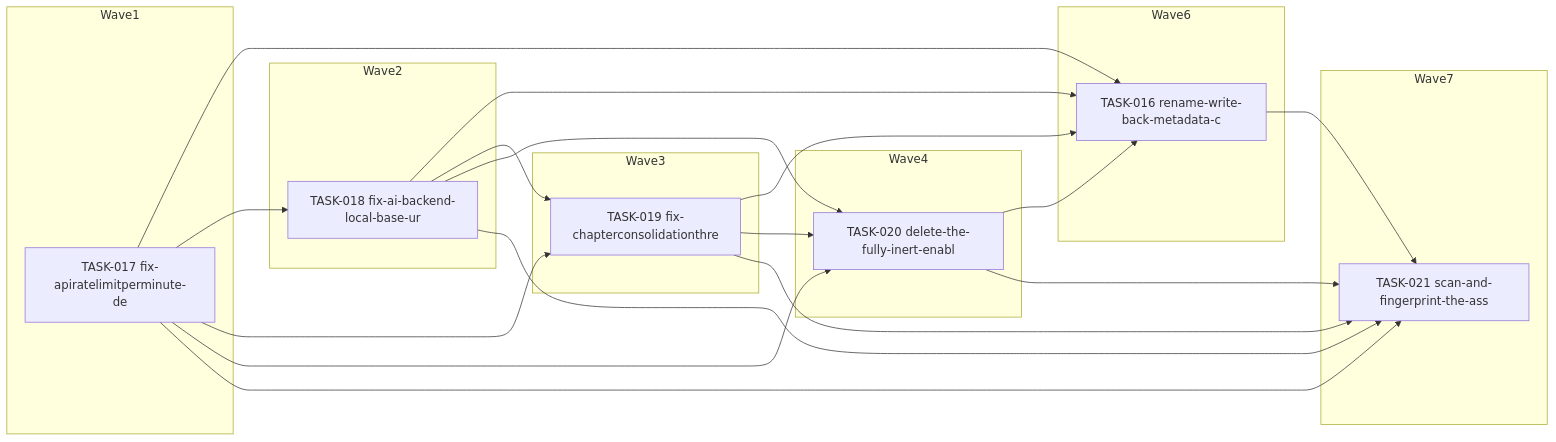
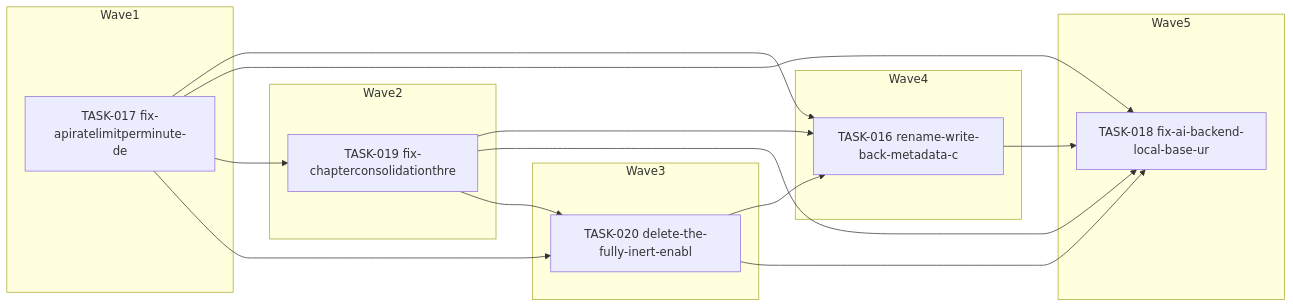
Before and after one commit to falkcorp/audiobook-organizer: the diagram in docs/agent-tasks/todo-completion/config/orchestration.md, drawn with Mermaid. The commit also changed other lines of this file and 325 other files, not shown here.

````diff
--- a/docs/agent-tasks/todo-completion/config/orchestration.md
+++ b/docs/agent-tasks/todo-completion/config/orchestration.md
@@ -12,36 +12,28 @@
 ```mermaid
 flowchart LR
     subgraph Wave1
       TASK017[TASK-017 fix-apiratelimitperminute-de]
     end
     subgraph Wave2
+      TASK019[TASK-019 fix-chapterconsolidationthre]
+    end
+    subgraph Wave3
+      TASK020[TASK-020 delete-the-fully-inert-enabl]
+    end
+    subgraph Wave4
+      TASK016[TASK-016 rename-write-back-metadata-c]
+    end
+    subgraph Wave5
       TASK018[TASK-018 fix-ai-backend-local-base-ur]
     end
-    subgraph Wave3
-      TASK019[TASK-019 fix-chapterconsolidationthre]
-    end
-    subgraph Wave4
-      TASK020[TASK-020 delete-the-fully-inert-enabl]
-    end
-    subgraph Wave6
-      TASK016[TASK-016 rename-write-back-metadata-c]
-    end
-    subgraph Wave7
-      TASK021[TASK-021 scan-and-fingerprint-the-ass]
-    end
-    TASK016 --> TASK021
+    TASK016 --> TASK018
     TASK017 --> TASK016
     TASK017 --> TASK018
     TASK017 --> TASK019
     TASK017 --> TASK020
-    TASK017 --> TASK021
-    TASK018 --> TASK016
-    TASK018 --> TASK019
-    TASK018 --> TASK020
-    TASK018 --> TASK021
     TASK019 --> TASK016
+    TASK019 --> TASK018
     TASK019 --> TASK020
-    TASK019 --> TASK021
     TASK020 --> TASK016
-    TASK020 --> TASK021
+    TASK020 --> TASK018
 ```
````
